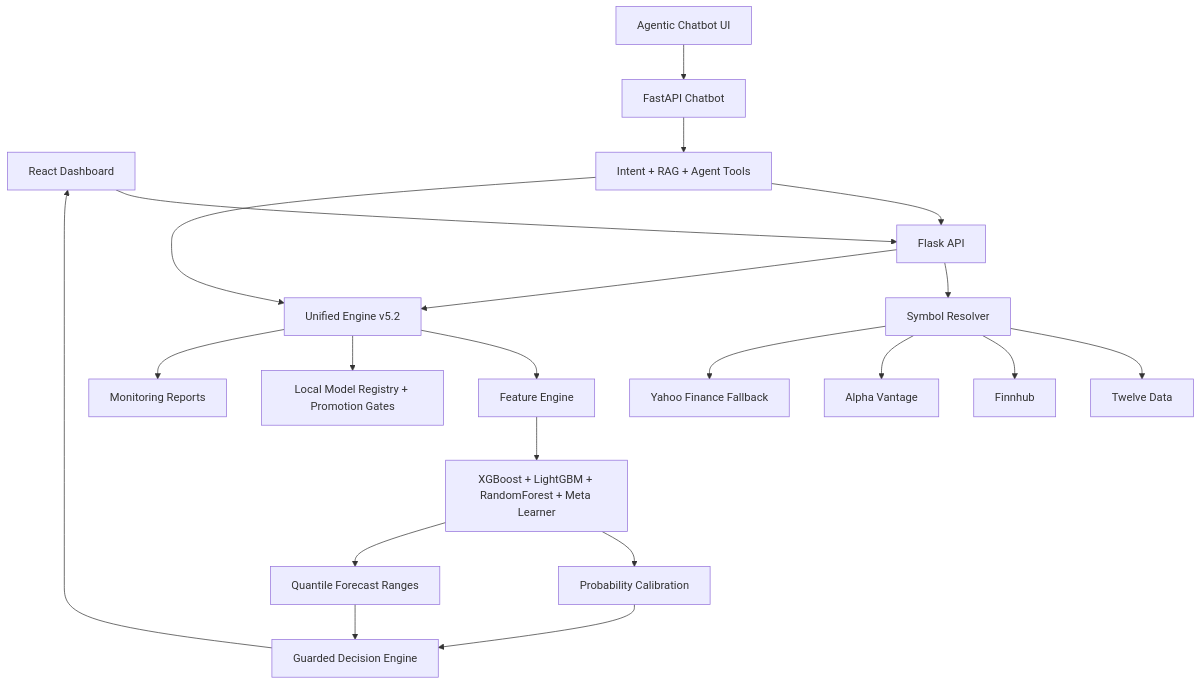
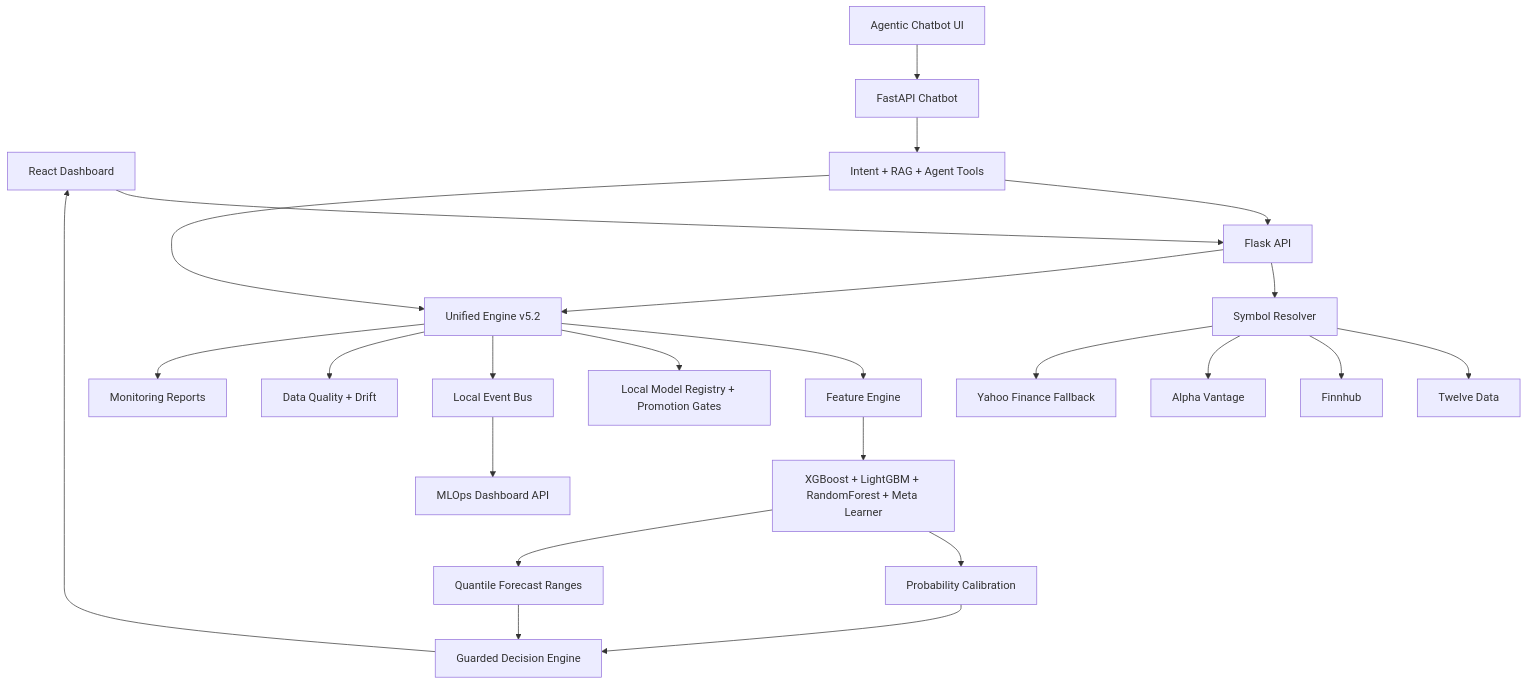
Before and after one commit to Naveenkumar-2007/Ai-stocks: the diagram in README.md, drawn with Mermaid. The commit also changed other lines of this file and 8 other files, not shown here.

````diff
--- a/README.md
+++ b/README.md
@@ -86,23 +92,26 @@
 ```mermaid
 graph TD
     UI[React Dashboard] --> API[Flask API]
     ChatUI[Agentic Chatbot UI] --> ChatAPI[FastAPI Chatbot]
     ChatAPI --> Agent[Intent + RAG + Agent Tools]
     Agent --> API
     Agent --> Engine[Unified Engine v5.2]
     API --> Resolver[Symbol Resolver]
     Resolver --> TD[Twelve Data]
     Resolver --> FH[Finnhub]
     Resolver --> AV[Alpha Vantage]
     Resolver --> YF[Yahoo Finance Fallback]
     API --> Engine
     Engine --> Features[Feature Engine]
     Features --> Models[XGBoost + LightGBM + RandomForest + Meta Learner]
     Models --> Calib[Probability Calibration]
     Models --> Quantiles[Quantile Forecast Ranges]
     Calib --> Decision[Guarded Decision Engine]
     Quantiles --> Decision
     Decision --> UI
     Engine --> Registry[Local Model Registry + Promotion Gates]
+    Engine --> Events[Local Event Bus]
+    Engine --> Quality[Data Quality + Drift]
+    Events --> Dashboard[MLOps Dashboard API]
     Engine --> Reports[Monitoring Reports]
 ```
````
